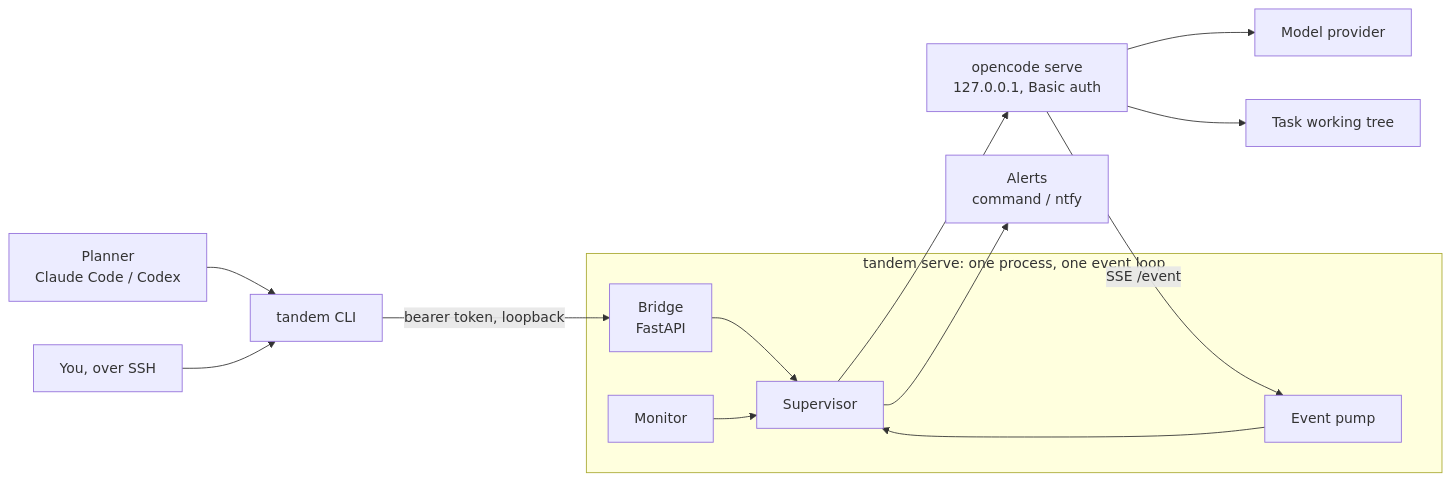
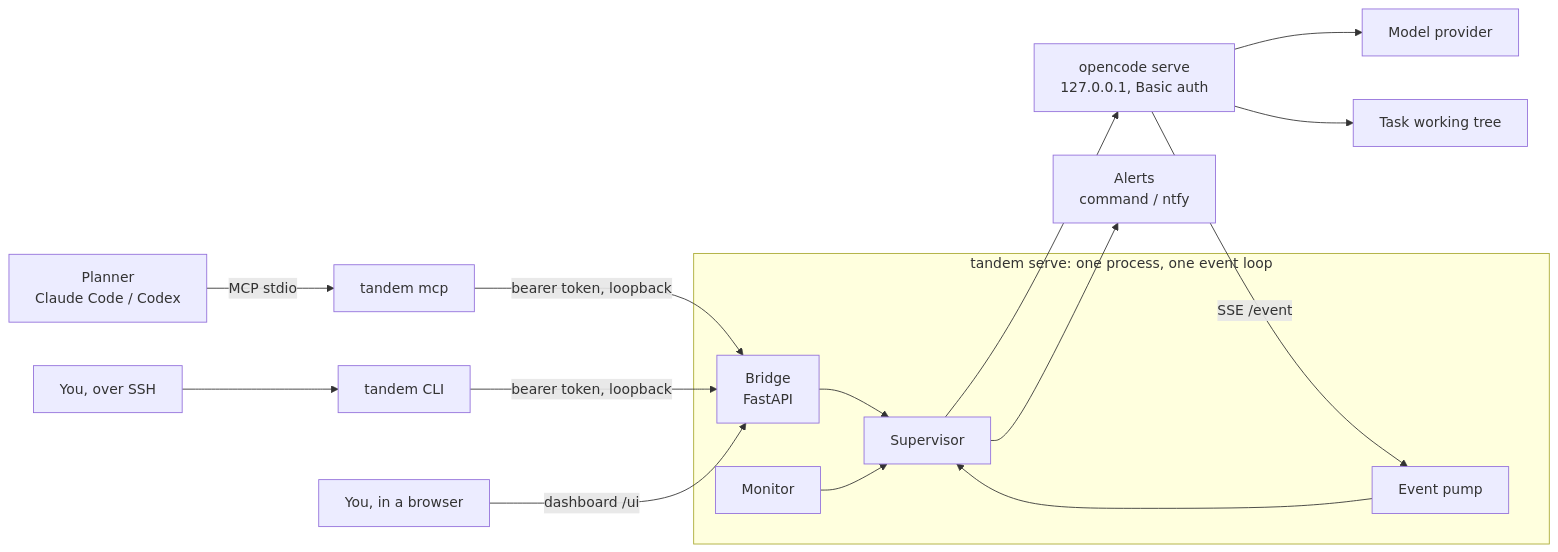
One commit to mumoj/tandem changed the first of 2 diagrams in README.md. Above: the diagram before and after it, drawn with Mermaid. The commit also changed other lines of this file and 26 other files, not shown here.

````diff
--- a/README.md
+++ b/README.md
@@ -20,16 +21,18 @@
 ```mermaid
 flowchart LR
-    planner["Planner<br/>Claude Code / Codex"] --> cli["tandem CLI"]
-    phone["You, over SSH"] --> cli
-    cli -->|bearer token, loopback| bridge["Bridge<br/>FastAPI"]
+    planner["Planner<br/>Claude Code / Codex"] -->|MCP stdio| mcp["tandem mcp"]
+    phone["You, over SSH"] --> cli["tandem CLI"]
+    browser["You, in a browser"] -->|dashboard /ui| bridge
+    mcp -->|bearer token, loopback| bridge["Bridge<br/>FastAPI"]
+    cli -->|bearer token, loopback| bridge
     subgraph host ["tandem serve: one process, one event loop"]
         bridge --> sup["Supervisor"]
         pump["Event pump"] --> sup
         monitor["Monitor"] --> sup
     end
     sup --> oc["opencode serve<br/>127.0.0.1, Basic auth"]
     oc -->|SSE /event| pump
     sup --> alerts["Alerts<br/>command / ntfy"]
     oc --> model["Model provider"]
     oc --> tree["Task working tree"]
 ```
````
